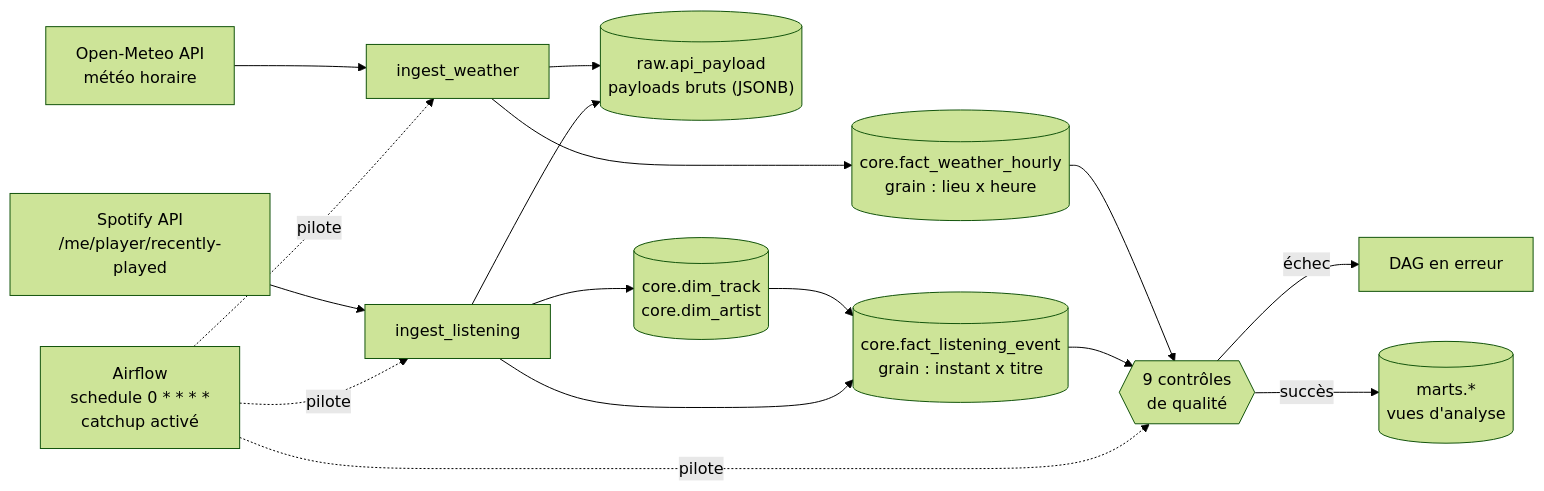
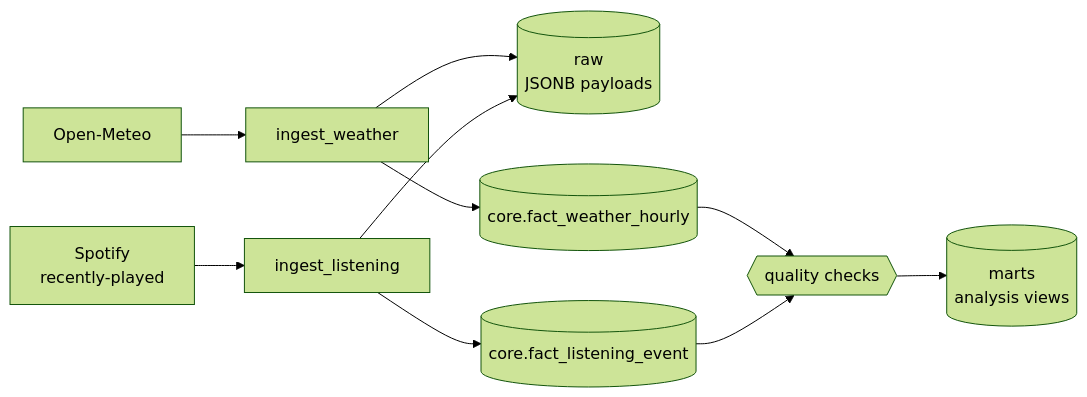
Before and after one commit to GustaveMAG/vienna-vibe: the diagram in README.md, drawn with Mermaid (forest theme). The commit also changed other lines of this file and 1 other file, not shown here.

````diff
--- a/README.md
+++ b/README.md
@@ -16,22 +15,12 @@
 ```mermaid
 flowchart LR
-    OM["Open-Meteo API<br/>météo horaire"] --> ING1["ingest_weather"]
-    SP["Spotify API<br/>/me/player/recently-played"] --> ING2["ingest_listening"]
-
-    ING1 --> RAW[("raw.api_payload<br/>payloads bruts (JSONB)")]
-    ING2 --> RAW
-
-    ING1 --> FW[("core.fact_weather_hourly<br/>grain : lieu x heure")]
-    ING2 --> DIM[("core.dim_track<br/>core.dim_artist")]
-    DIM --> FL[("core.fact_listening_event<br/>grain : instant x titre")]
-    ING2 --> FL
-
-    FW --> QC{{"9 contrôles<br/>de qualité"}}
-    FL --> QC
-    QC -->|échec| STOP["DAG en erreur"]
-    QC -->|succès| MARTS[("marts.*<br/>vues d'analyse")]
-
-    AF["Airflow<br/>schedule 0 * * * *<br/>catchup activé"] -.->|pilote| ING1
-    AF -.->|pilote| ING2
-    AF -.->|pilote| QC
+    OM["Open-Meteo"] --> W["ingest_weather"]
+    SP["Spotify<br/>recently-played"] --> L["ingest_listening"]
+    W --> RAW[("raw<br/>JSONB payloads")]
+    L --> RAW
+    W --> FW[("core.fact_weather_hourly")]
+    L --> FL[("core.fact_listening_event")]
+    FW --> Q{{"quality checks"}}
+    FL --> Q
+    Q --> M[("marts<br/>analysis views")]
 ```
````
